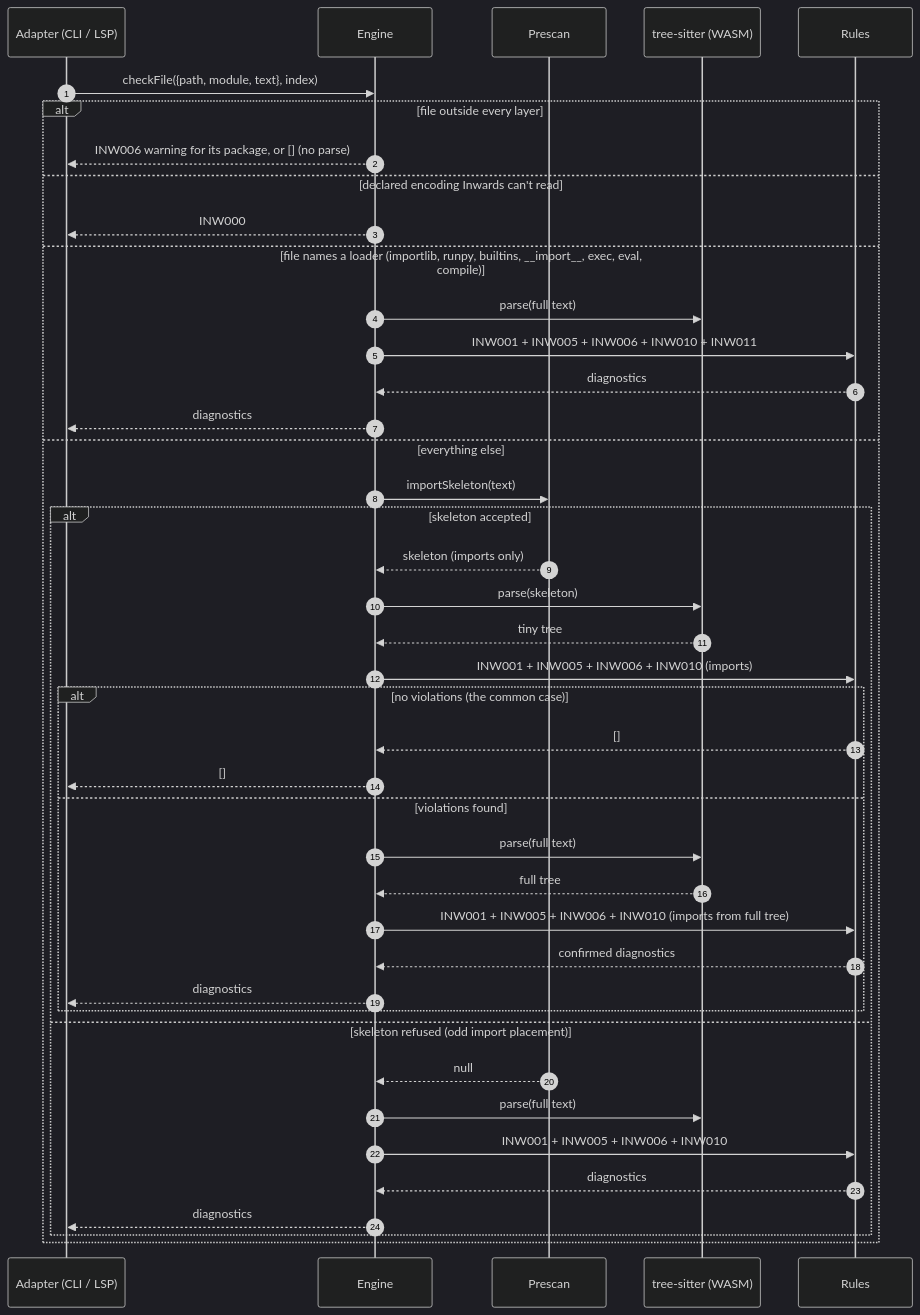
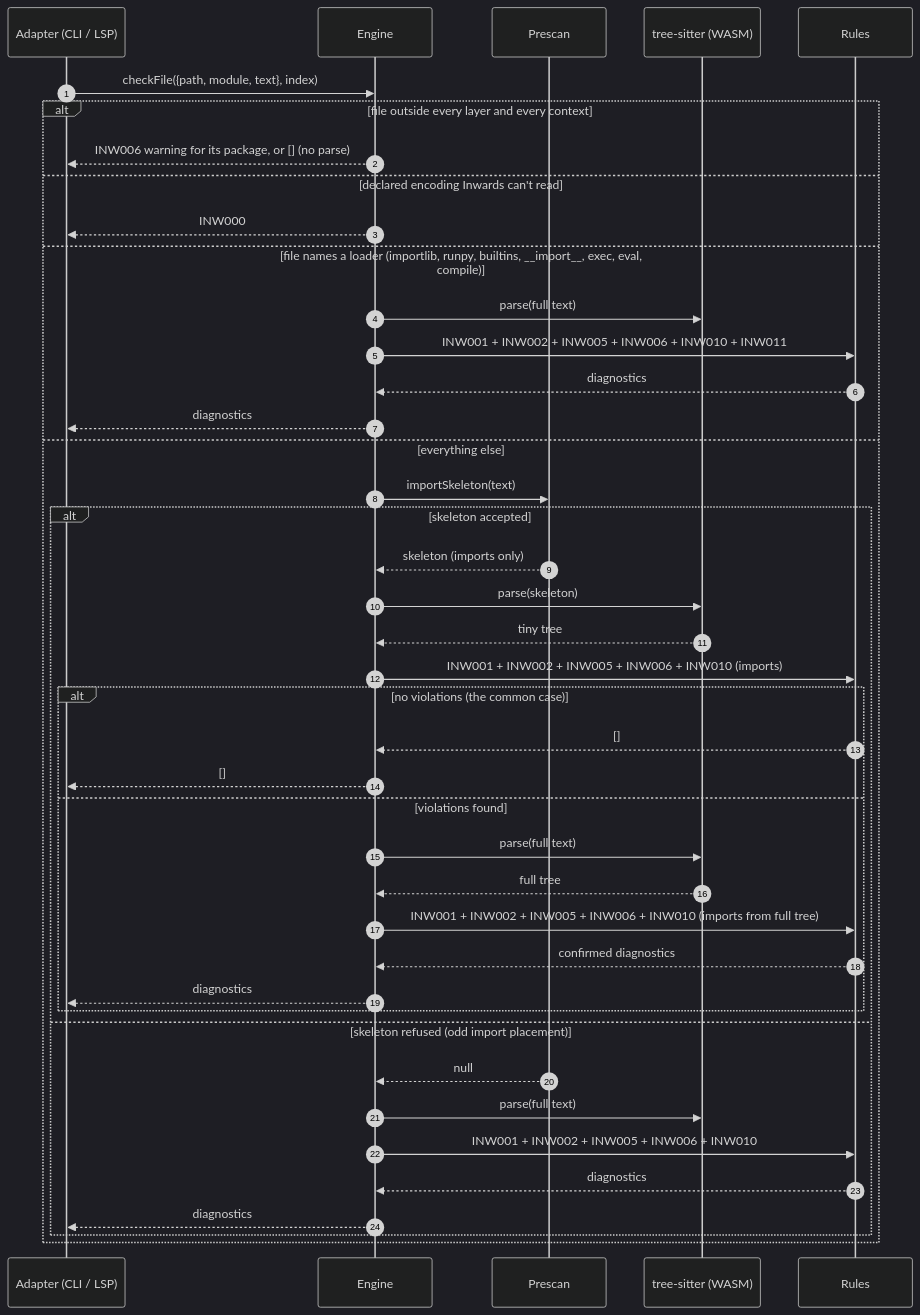
One commit to SirCypkowskyy/inwards changed the fourth of 6 diagrams in docs/chapters/03-Architecture-C4.md. Above: the diagram before and after it, drawn with Mermaid (dark theme). The commit also changed other lines of this file and 22 other files, not shown here.

First line of the commit message:
feat(rules): INW002 keeps each bounded context to the contexts it depends on

````diff
--- a/docs/chapters/03-Architecture-C4.md
+++ b/docs/chapters/03-Architecture-C4.md
@@ -147,45 +147,45 @@
 ```mermaid
 sequenceDiagram
     autonumber
     participant A as Adapter (CLI / LSP)
     participant E as Engine
     participant P as Prescan
     participant T as tree-sitter (WASM)
     participant R as Rules
 
     A->>E: checkFile({path, module, text}, index)
-    alt file outside every layer
+    alt file outside every layer and every context
         E-->>A: INW006 warning for its package, or [] (no parse)
     else declared encoding Inwards can't read
         E-->>A: INW000
     else file names a loader (importlib, runpy, builtins, __import__, exec, eval, compile)
         E->>T: parse(full text)
-        E->>R: INW001 + INW005 + INW006 + INW010 + INW011
+        E->>R: INW001 + INW002 + INW005 + INW006 + INW010 + INW011
         R-->>E: diagnostics
         E-->>A: diagnostics
     else everything else
         E->>P: importSkeleton(text)
         alt skeleton accepted
             P-->>E: skeleton (imports only)
             E->>T: parse(skeleton)
             T-->>E: tiny tree
-            E->>R: INW001 + INW005 + INW006 + INW010 (imports)
+            E->>R: INW001 + INW002 + INW005 + INW006 + INW010 (imports)
             alt no violations (the common case)
                 R-->>E: []
                 E-->>A: []
             else violations found
                 E->>T: parse(full text)
                 T-->>E: full tree
-                E->>R: INW001 + INW005 + INW006 + INW010 (imports from full tree)
+                E->>R: INW001 + INW002 + INW005 + INW006 + INW010 (imports from full tree)
                 R-->>E: confirmed diagnostics
                 E-->>A: diagnostics
             end
         else skeleton refused (odd import placement)
             P-->>E: null
             E->>T: parse(full text)
-            E->>R: INW001 + INW005 + INW006 + INW010
+            E->>R: INW001 + INW002 + INW005 + INW006 + INW010
             R-->>E: diagnostics
             E-->>A: diagnostics
         end
     end
 ```
````
